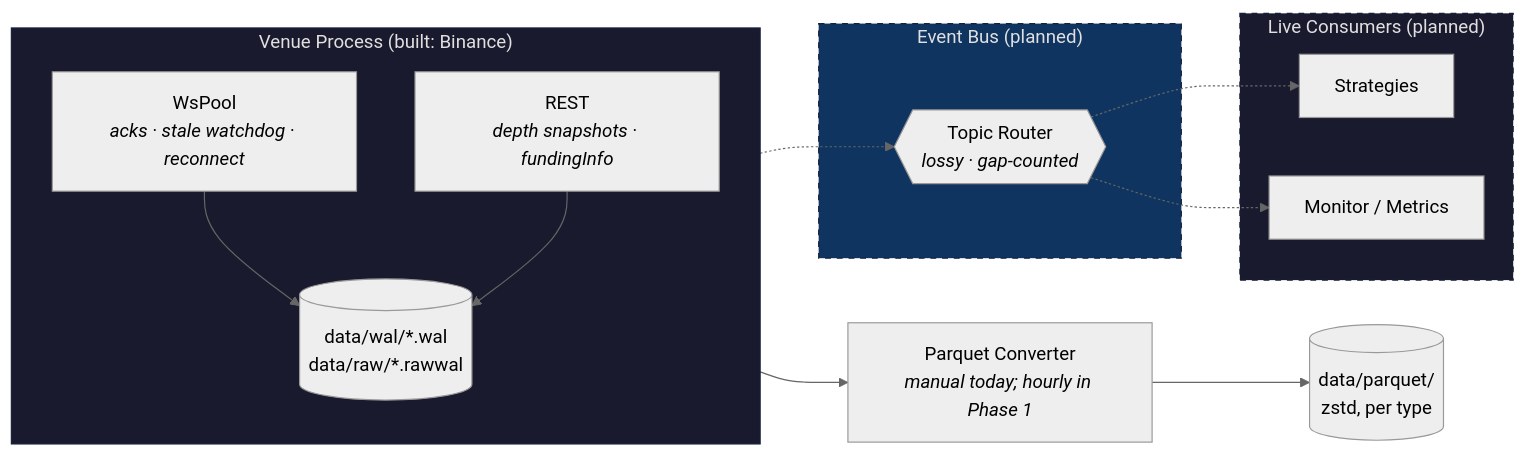
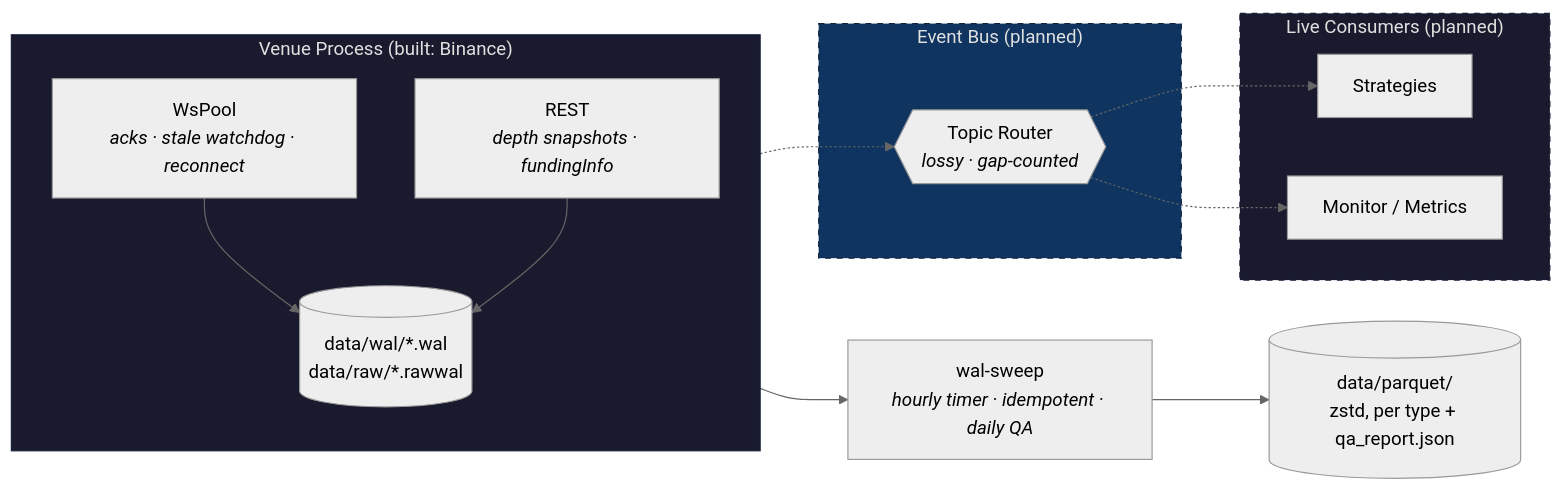
The first of 2 diagrams in README.md (mendelabramzon/trading), drawn with Mermaid (neutral theme) before and after one commit. The commit also changed other lines of this file and 23 other files, not shown here.

````diff
--- a/README.md
+++ b/README.md
@@ -19,31 +21,31 @@
 ```mermaid
 graph LR
     subgraph Venue ["Venue Process (built: Binance)"]
         direction TB
         WS[WsPool<br/><i>acks · stale watchdog · reconnect</i>]
         REST[REST<br/><i>depth snapshots · fundingInfo</i>]
         WAL[("data/wal/*.wal<br/>data/raw/*.rawwal")]
         WS --> WAL
         REST --> WAL
     end
 
     subgraph Bus ["Event Bus (planned)"]
         R{{"Topic Router<br/><i>lossy · gap-counted</i>"}}
     end
 
     subgraph Consumers ["Live Consumers (planned)"]
         S1[Strategies]
         MON[Monitor / Metrics]
     end
 
     WS -.-> R
     R -.-> S1
     R -.-> MON
 
-    WAL --> PC["Parquet Converter<br/><i>manual today; hourly in Phase 1</i>"]
-    PC --> PQ[("data/parquet/<br/>zstd, per type")]
+    WAL --> PC["wal-sweep<br/><i>hourly timer · idempotent · daily QA</i>"]
+    PC --> PQ[("data/parquet/<br/>zstd, per type + qa_report.json")]
 
     style Venue fill:#1a1a2e,stroke:#16213e,color:#e0e0e0
     style Bus fill:#0f3460,stroke:#16213e,color:#e0e0e0,stroke-dasharray: 5 5
     style Consumers fill:#1a1a2e,stroke:#16213e,color:#e0e0e0,stroke-dasharray: 5 5
 ```
````
